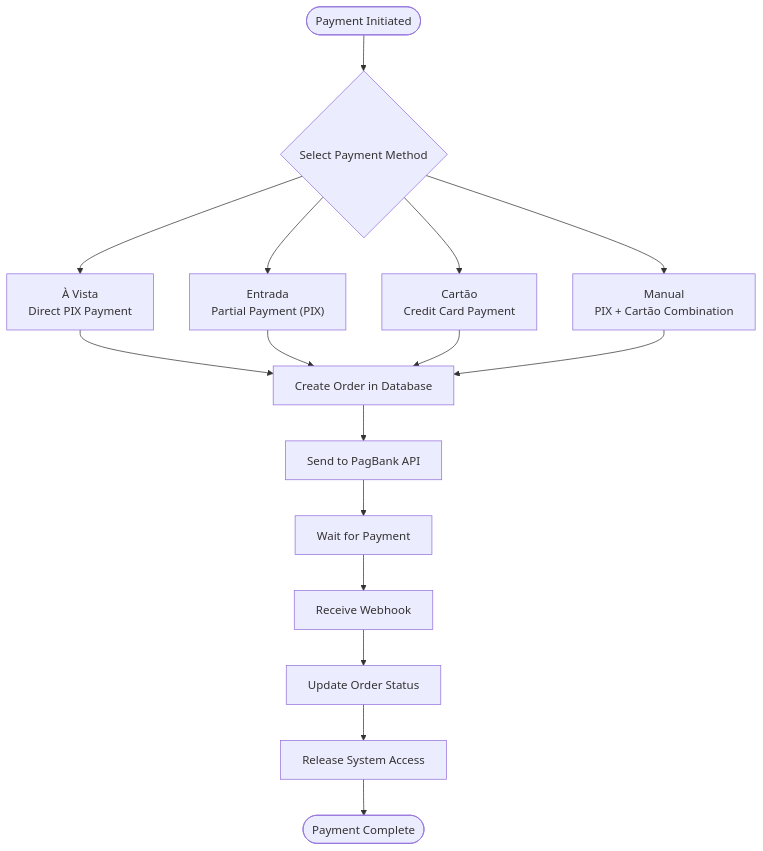
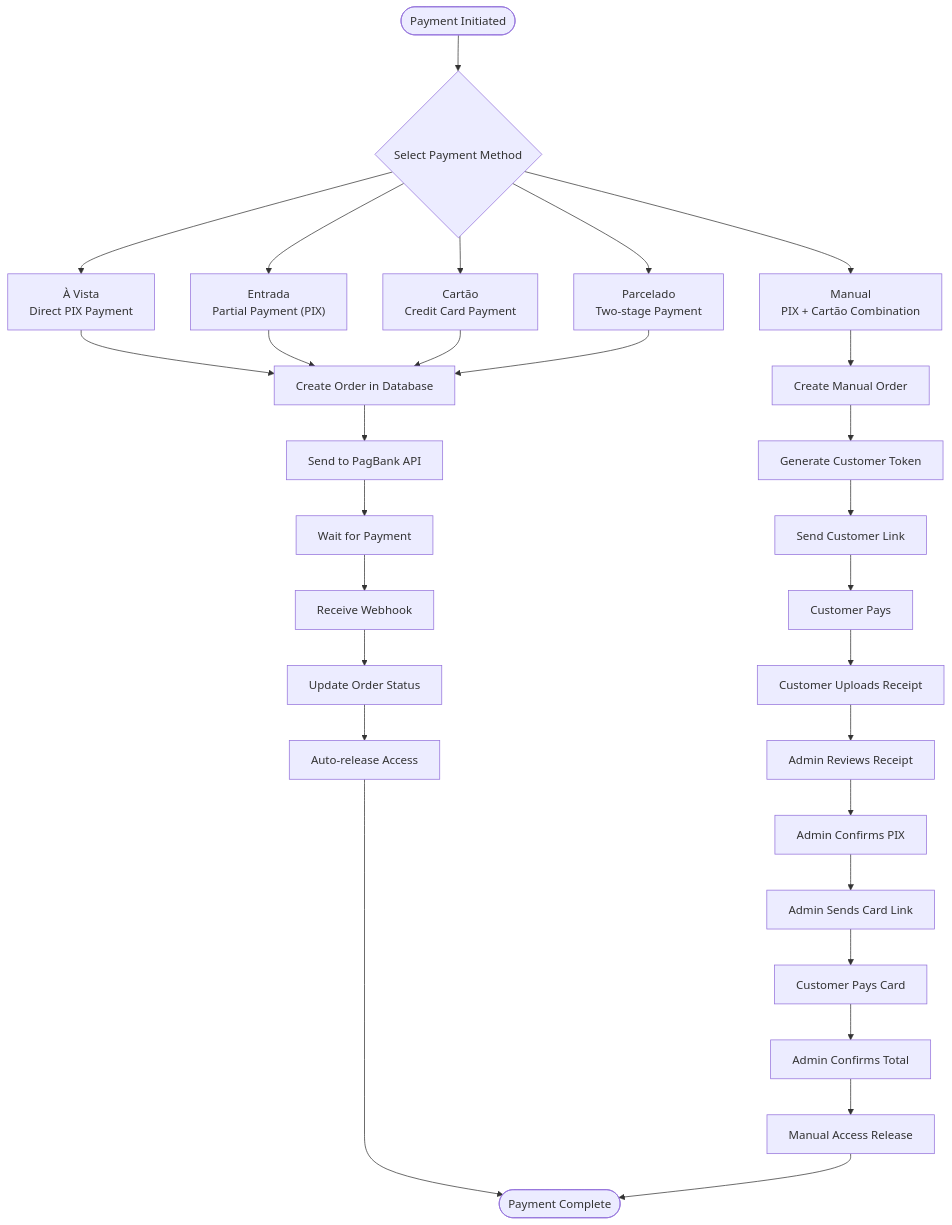
Before and after one commit to Alexandrexicara/qretiquetas.com: diagram 11 of 17 in .qoder/repowiki/en/content/Project Overview/Technical Architecture Overview.md, drawn with Mermaid. The commit also changed other lines of this file and 6 other files, not shown here.

````diff
--- a/.qoder/repowiki/en/content/Project Overview/Technical Architecture Overview.md
+++ b/.qoder/repowiki/en/content/Project Overview/Technical Architecture Overview.md
@@ -285,18 +528,31 @@
 ```mermaid
 flowchart TD
 Start([Payment Initiated]) --> Method{"Select Payment Method"}
 Method --> Avista["À Vista<br/>Direct PIX Payment"]
 Method --> Entrada["Entrada<br/>Partial Payment (PIX)"]
 Method --> Cartao["Cartão<br/>Credit Card Payment"]
 Method --> Manual["Manual<br/>PIX + Cartão Combination"]
+Method --> Parcelado["Parcelado<br/>Two-stage Payment"]
 Avista --> CreateOrder["Create Order in Database"]
 Entrada --> CreateOrder
 Cartao --> CreateOrder
-Manual --> CreateOrder
+Manual --> CreateManualOrder["Create Manual Order"]
+Parcelado --> CreateOrder
 CreateOrder --> SendToPagBank["Send to PagBank API"]
+CreateManualOrder --> GenerateToken["Generate Customer Token"]
+GenerateToken --> SendToCustomer["Send Customer Link"]
 SendToPagBank --> WaitPayment["Wait for Payment"]
 WaitPayment --> PagBankWebhook["Receive Webhook"]
 PagBankWebhook --> UpdateStatus["Update Order Status"]
-UpdateStatus --> ReleaseAccess["Release System Access"]
-ReleaseAccess --> Complete([Payment Complete])
+UpdateStatus --> AutoAccess["Auto-release Access"]
+SendToCustomer --> CustomerPays["Customer Pays"]
+CustomerPays --> UploadReceipt["Customer Uploads Receipt"]
+UploadReceipt --> AdminReview["Admin Reviews Receipt"]
+AdminReview --> ConfirmPIX["Admin Confirms PIX"]
+ConfirmPIX --> SendCardLink["Admin Sends Card Link"]
+SendCardLink --> CustomerPaysCard["Customer Pays Card"]
+CustomerPaysCard --> AdminConfirm["Admin Confirms Total"]
+AdminConfirm --> ManualAccess["Manual Access Release"]
+AutoAccess --> Complete([Payment Complete])
+ManualAccess --> Complete
 ```
````
